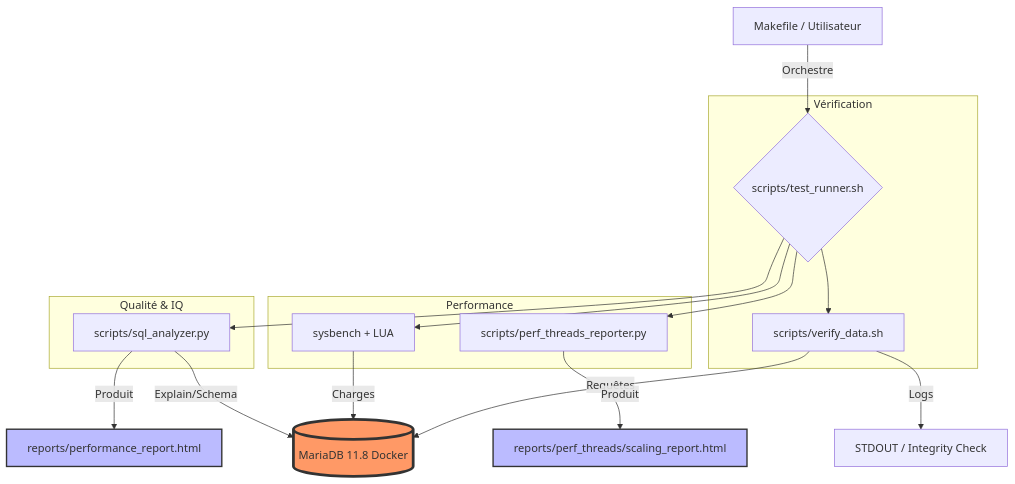
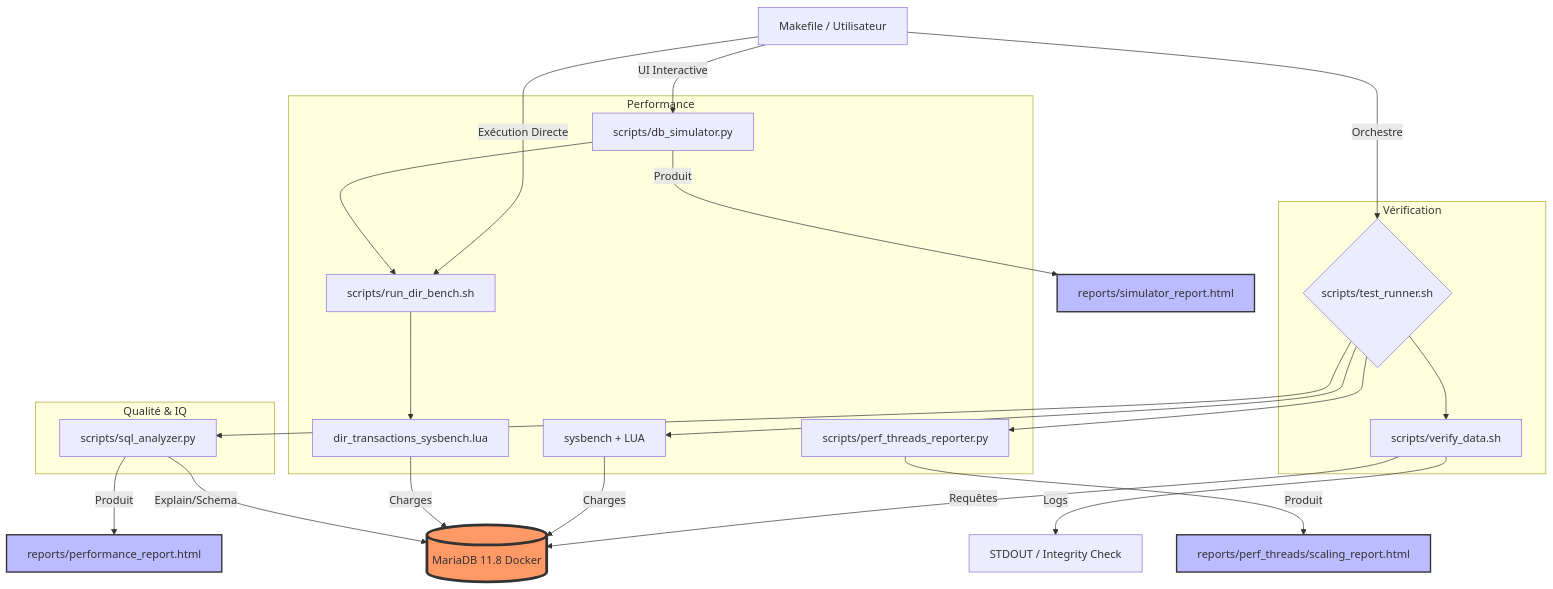
Before and after one commit to jmrenouard/test_db: the diagram in documentation/fr/guide_outils.md, drawn with Mermaid. The commit also changed 44 other files, not shown here.

First line of the commit message:
docs(diataxis): separate EN/FR MkDocs portals and add tutorial/diagram tests

````diff
--- a/documentation/fr/guide_outils.md
+++ b/documentation/fr/guide_outils.md
@@ -82,29 +82,36 @@
 ```mermaid
 graph TD
     A[Makefile / Utilisateur] -- Orchestre --> B{scripts/test_runner.sh}
+    A -- Exécution Directe --> B2[scripts/run_dir_bench.sh]
+    A -- UI Interactive --> B3[scripts/db_simulator.py]
     
     subgraph "Vérification"
     B --> C[scripts/verify_data.sh]
     end
 
     subgraph "Performance"
     B --> D[sysbench + LUA]
     B --> E[scripts/perf_threads_reporter.py]
+    B2 --> D2[dir_transactions_sysbench.lua]
+    B3 --> B2
     end
 
     subgraph "Qualité & IQ"
     B --> F[scripts/sql_analyzer.py]
     end
 
     C -- "Requêtes" --> G[(MariaDB 11.8 Docker)]
     D -- "Charges" --> G
+    D2 -- "Charges" --> G
     F -- "Explain/Schema" --> G
 
     F -- "Produit" --> H[reports/performance_report.html]
     E -- "Produit" --> I[reports/perf_threads/scaling_report.html]
+    B3 -- "Produit" --> K[reports/simulator_report.html]
     C -- "Logs" --> J[STDOUT / Integrity Check]
     
     style G fill:#f96,stroke:#333,stroke-width:4px
     style H fill:#bbf,stroke:#333,stroke-width:2px
     style I fill:#bbf,stroke:#333,stroke-width:2px
+    style K fill:#bbf,stroke:#333,stroke-width:2px
 ```
````
